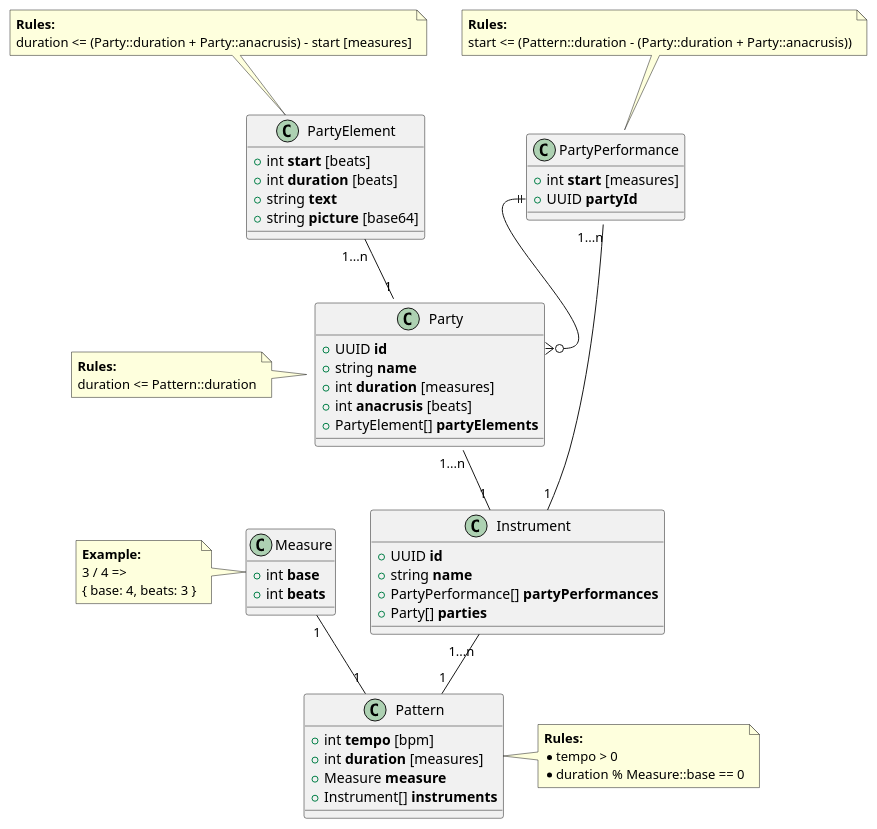
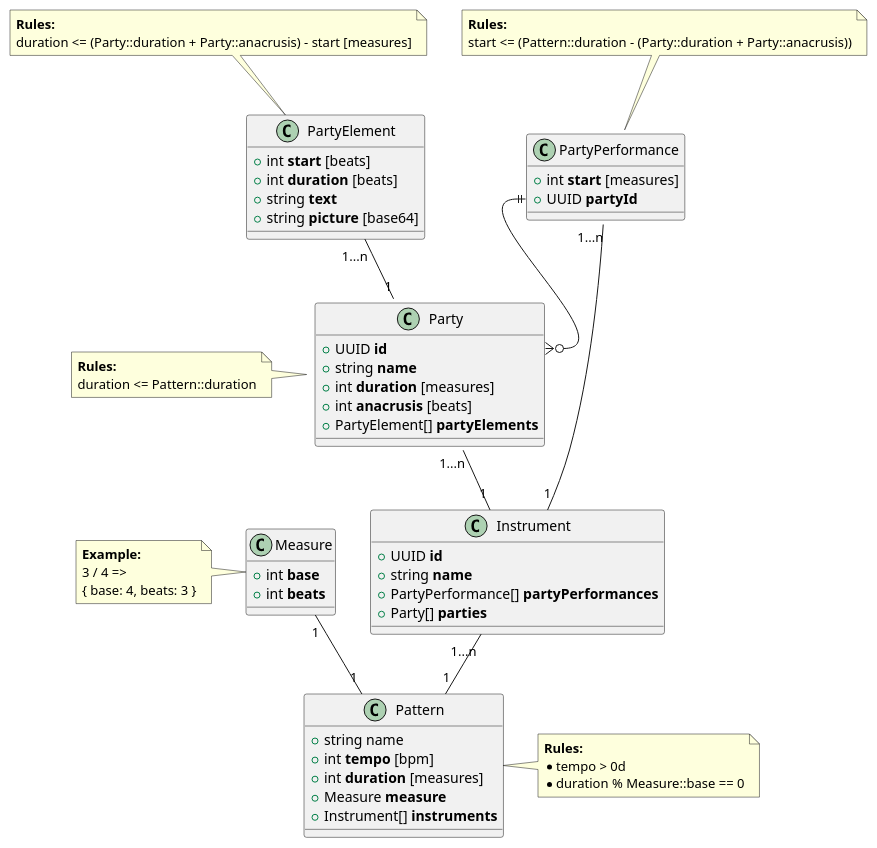
The diagram in doc/pattern.puml (bcemehob/kapellmeister), drawn with PlantUML before and after one commit. The commit also changed 6 other files, not shown here.

```diff
--- a/doc/pattern.puml
+++ b/doc/pattern.puml
@@ -1,76 +1,77 @@
 @startuml
 
 class Pattern {
+    + string name
     + int <b>tempo</b> [bpm]
     + int <b>duration</b> [measures]
     + Measure <b>measure
     + Instrument[] <b>instruments
 }
 
 note right {
 <b>Rules:
-* tempo > 0
+* tempo > 0d
 * duration % Measure::base == 0
 }
 
 class Measure {
     + int <b>base
     + int <b>beats
 }
 
 note left {
 <b>Example:
 3 / 4 =>
 { base: 4, beats: 3 }
 }
 
 class Instrument {
     + UUID <b>id
     + string <b>name
     + PartyPerformance[] <b>partyPerformances
     + Party[] <b>parties
 }
 
 class Party {
     + UUID <b>id
     + string <b>name
     + int <b>duration</b> [measures]
     + int <b>anacrusis</b> [beats]
     + PartyElement[] <b>partyElements
 }
 
 note left {
     <b>Rules:
     duration <= Pattern::duration
 }
 
 class PartyPerformance {
     + int <b>start</b> [measures]
     + UUID <b>partyId
 }
 
 note top {
     <b>Rules:
     start <= (Pattern::duration - (Party::duration + Party::anacrusis))
 }
 
 class PartyElement {
     + int <b>start</b> [beats]
     + int <b>duration</b> [beats]
     + string <b>text</b>
     + string <b>picture</b> [base64]
 }
 
 note top {
     <b>Rules:
     duration <= (Party::duration + Party::anacrusis) - start [measures]
 }
 
 Measure "1" -- "1" Pattern
 Instrument "1...n" -- "1" Pattern
 Party "1...n" -- "1" Instrument
 PartyElement "1...n" -- "1" Party
 PartyPerformance "1...n" -- "1" Instrument
 PartyPerformance::partyId ||--o{  Party::id
 
 @enduml
```
